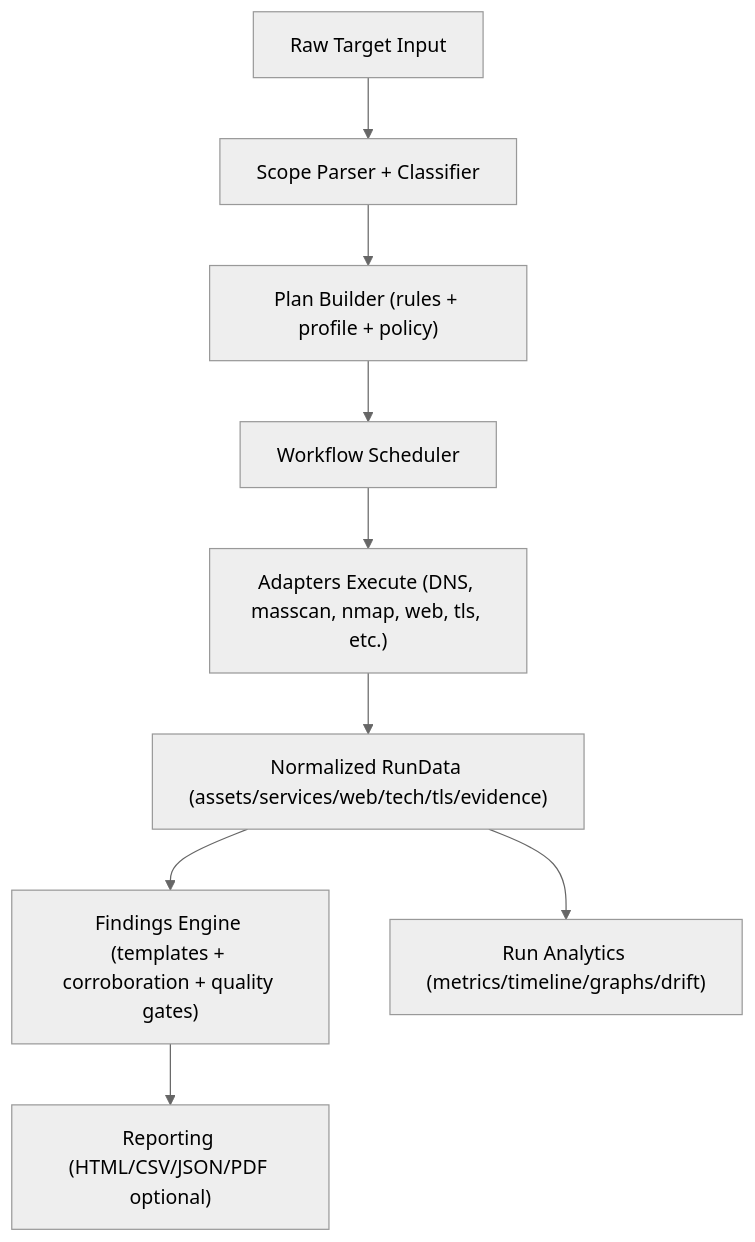
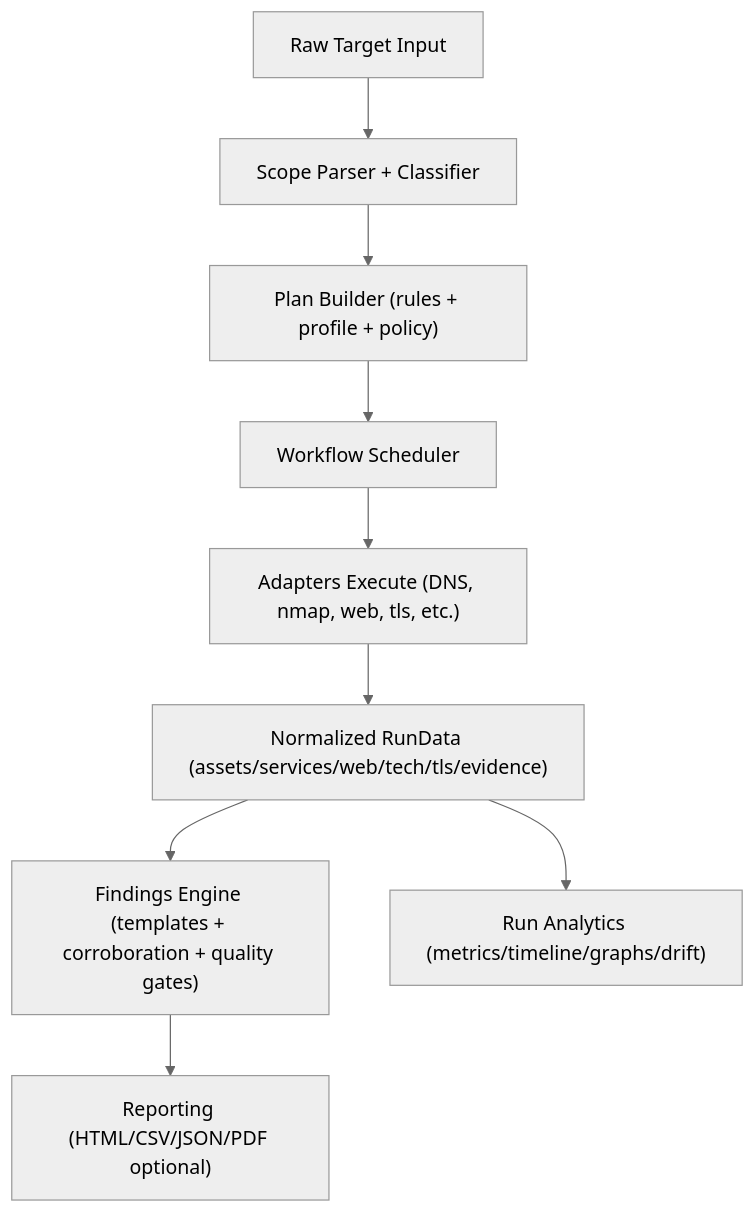
The diagram in README.md (CBMW/AttackCastle), drawn with Mermaid (neutral theme) before and after one commit. The commit also changed other lines of this file and 48 other files, not shown here.

````diff
--- a/README.md
+++ b/README.md
@@ -146,11 +145,11 @@
 ```mermaid
 flowchart TD
   A["Raw Target Input"] --> B["Scope Parser + Classifier"]
   B --> C["Plan Builder (rules + profile + policy)"]
   C --> D["Workflow Scheduler"]
-  D --> E["Adapters Execute (DNS, masscan, nmap, web, tls, etc.)"]
+D --> E["Adapters Execute (DNS, nmap, web, tls, etc.)"]
   E --> F["Normalized RunData (assets/services/web/tech/tls/evidence)"]
   F --> G["Findings Engine (templates + corroboration + quality gates)"]
   G --> H["Reporting (HTML/CSV/JSON/PDF optional)"]
   F --> I["Run Analytics (metrics/timeline/graphs/drift)"]
 ```
````
